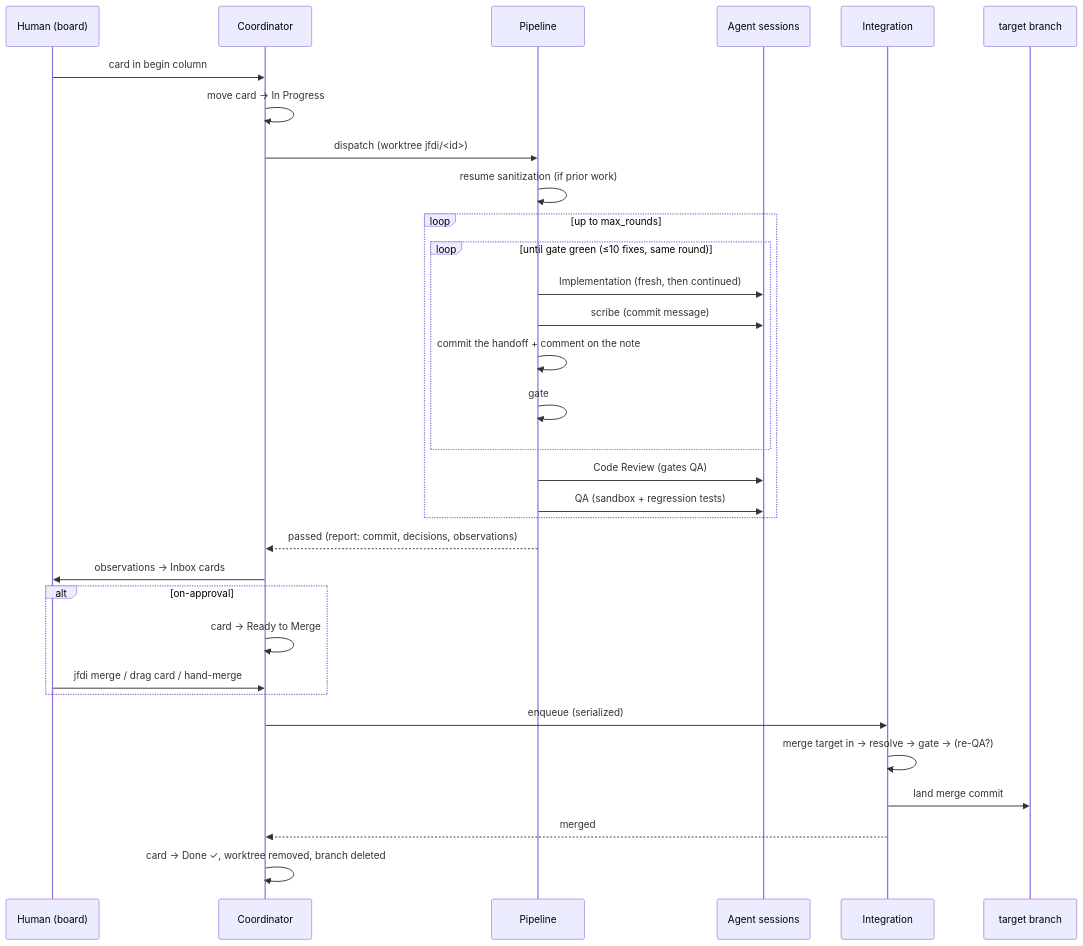
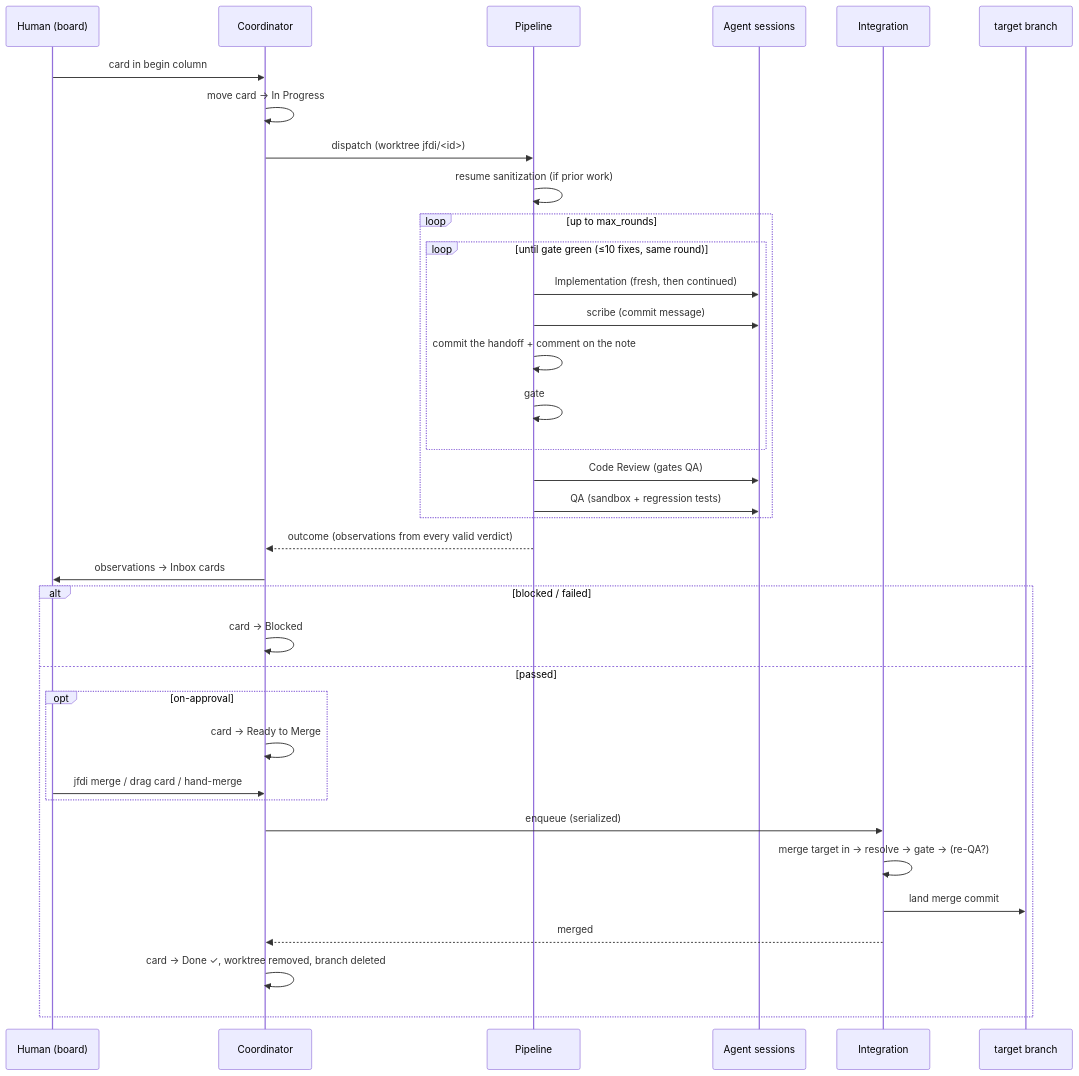
One commit to rdaruszka/jfdi changed the second of 2 diagrams in docs/architecture/overview.md. Above: the diagram before and after it, drawn with Mermaid. The commit also changed 9 other files, not shown here.

````diff
--- a/docs/architecture/overview.md
+++ b/docs/architecture/overview.md
@@ -126,35 +126,39 @@
 ```mermaid
 sequenceDiagram
     participant H as Human (board)
     participant C as Coordinator
     participant P as Pipeline
     participant A as Agent sessions
     participant I as Integration
     participant G as target branch
 
     H->>C: card in begin column
     C->>C: move card → In Progress
     C->>P: dispatch (worktree jfdi/<id>)
     P->>P: resume sanitization (if prior work)
     loop up to max_rounds
         loop until gate green (≤10 fixes, same round)
             P->>A: Implementation (fresh, then continued)
             P->>A: scribe (commit message)
             P->>P: commit the handoff + comment on the note
             P->>P: gate
         end
         P->>A: Code Review (gates QA)
         P->>A: QA (sandbox + regression tests)
     end
-    P-->>C: passed (report: commit, decisions, observations)
+    P-->>C: outcome (observations from every valid verdict)
     C->>H: observations → Inbox cards
-    alt on-approval
-        C->>C: card → Ready to Merge
-        H->>C: jfdi merge / drag card / hand-merge
+    alt blocked / failed
+        C->>C: card → Blocked
+    else passed
+        opt on-approval
+            C->>C: card → Ready to Merge
+            H->>C: jfdi merge / drag card / hand-merge
+        end
+        C->>I: enqueue (serialized)
+        I->>I: merge target in → resolve → gate → (re-QA?)
+        I->>G: land merge commit
+        I-->>C: merged
+        C->>C: card → Done ✓, worktree removed, branch deleted
     end
-    C->>I: enqueue (serialized)
-    I->>I: merge target in → resolve → gate → (re-QA?)
-    I->>G: land merge commit
-    I-->>C: merged
-    C->>C: card → Done ✓, worktree removed, branch deleted
 ```
````
